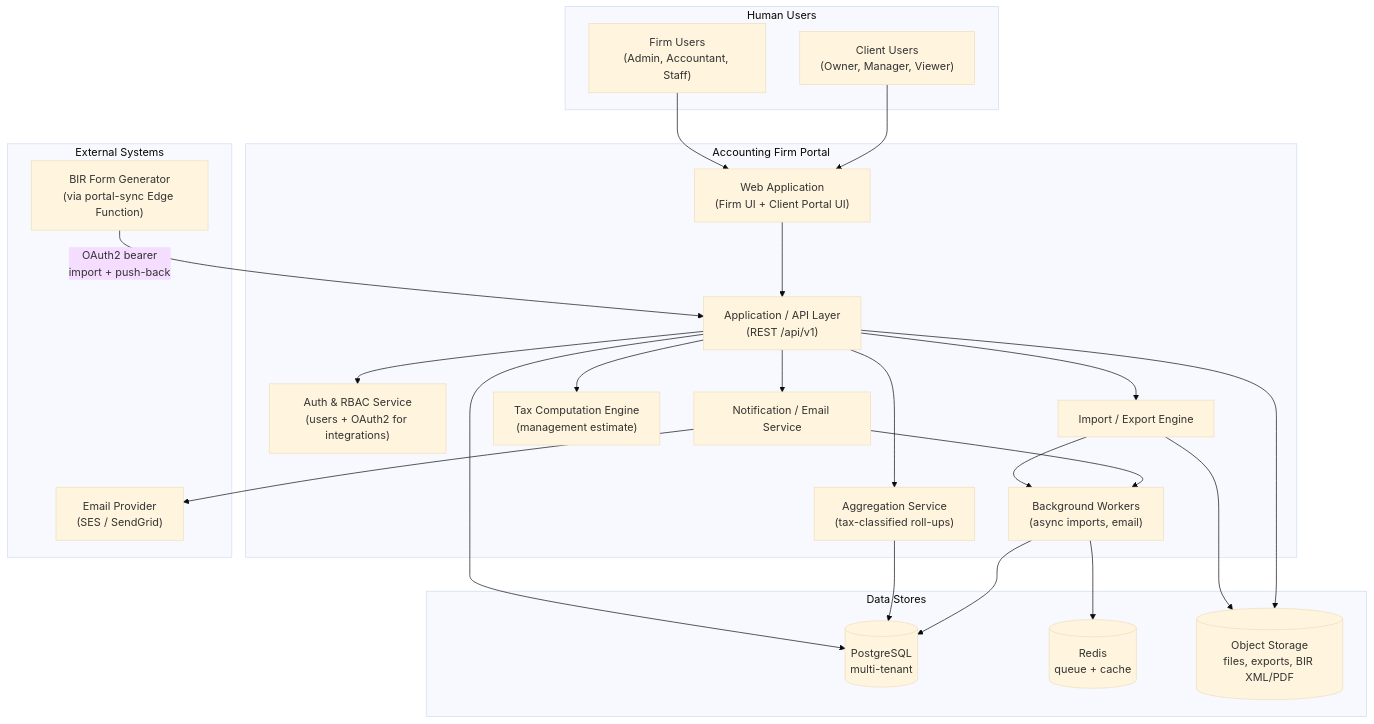
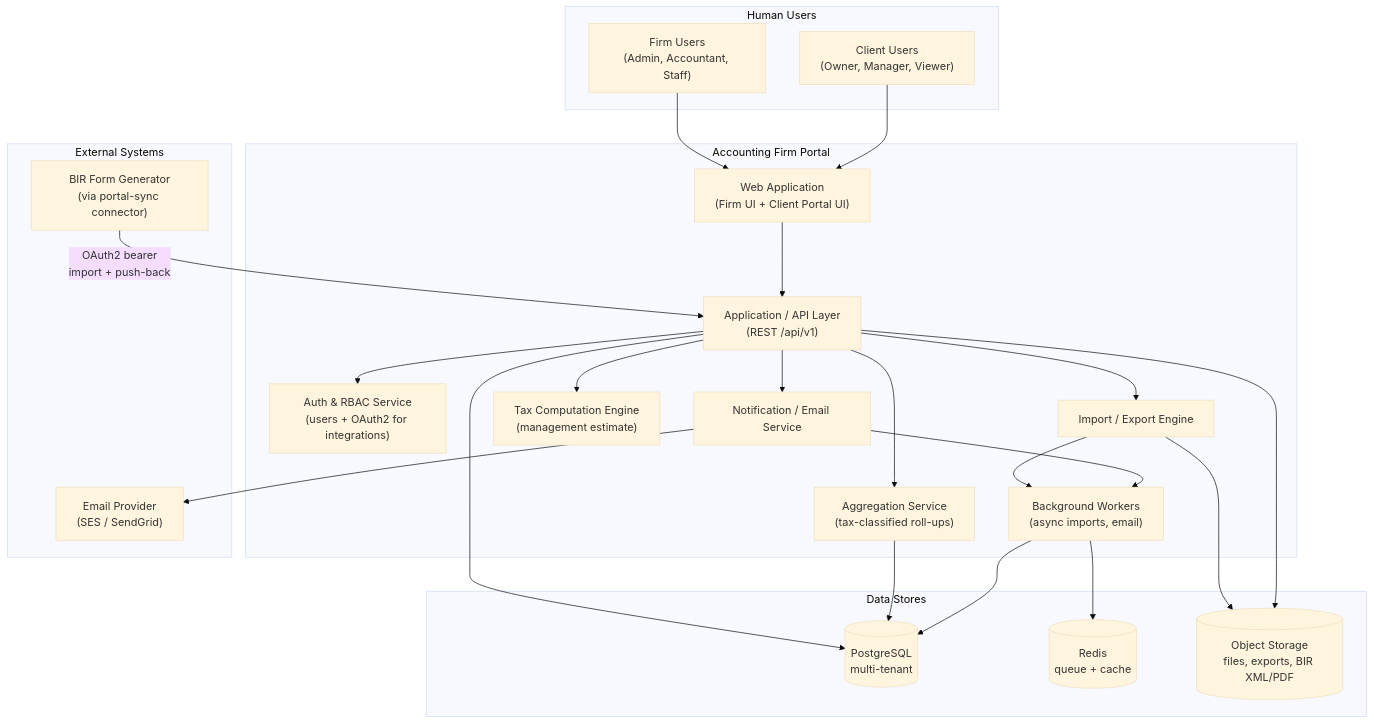
Before and after one commit to markchrc2025/Accounting-Firm-Portal: the first of 14 diagrams in docs/system-design.md, drawn with Mermaid (base theme). The commit also changed other lines of this file and 1 other file, not shown here.

````diff
--- a/docs/system-design.md
+++ b/docs/system-design.md
@@ -93,48 +93,48 @@
 ```mermaid
 flowchart TB
     subgraph Users["Human Users"]
         FU["Firm Users<br/>(Admin, Accountant, Staff)"]
         CU["Client Users<br/>(Owner, Manager, Viewer)"]
     end
 
     subgraph Portal["Accounting Firm Portal"]
         WEB["Web Application<br/>(Firm UI + Client Portal UI)"]
         API["Application / API Layer<br/>(REST /api/v1)"]
         AUTH["Auth & RBAC Service<br/>(users + OAuth2 for integrations)"]
         IMP["Import / Export Engine"]
         AGG["Aggregation Service<br/>(tax-classified roll-ups)"]
         TAX["Tax Computation Engine<br/>(management estimate)"]
         NOTE["Notification / Email Service"]
         WORK["Background Workers<br/>(async imports, email)"]
     end
 
     subgraph Data["Data Stores"]
         DB[("PostgreSQL<br/>multi-tenant")]
         REDIS[("Redis<br/>queue + cache")]
         OBJ[("Object Storage<br/>files, exports, BIR XML/PDF")]
     end
 
     subgraph External["External Systems"]
         MAIL["Email Provider<br/>(SES / SendGrid)"]
-        BIRGEN["BIR Form Generator<br/>(via portal-sync Edge Function)"]
+        BIRGEN["BIR Form Generator<br/>(via portal-sync connector)"]
     end
 
     FU --> WEB
     CU --> WEB
     WEB --> API
     API --> AUTH
     API --> IMP
     API --> AGG
     API --> TAX
     API --> NOTE
     API --> DB
     AGG --> DB
     IMP --> WORK
     NOTE --> WORK
     WORK --> REDIS
     WORK --> DB
     IMP --> OBJ
     NOTE --> MAIL
     BIRGEN -->|"OAuth2 bearer<br/>import + push-back"| API
     API --> OBJ
 ```
````
